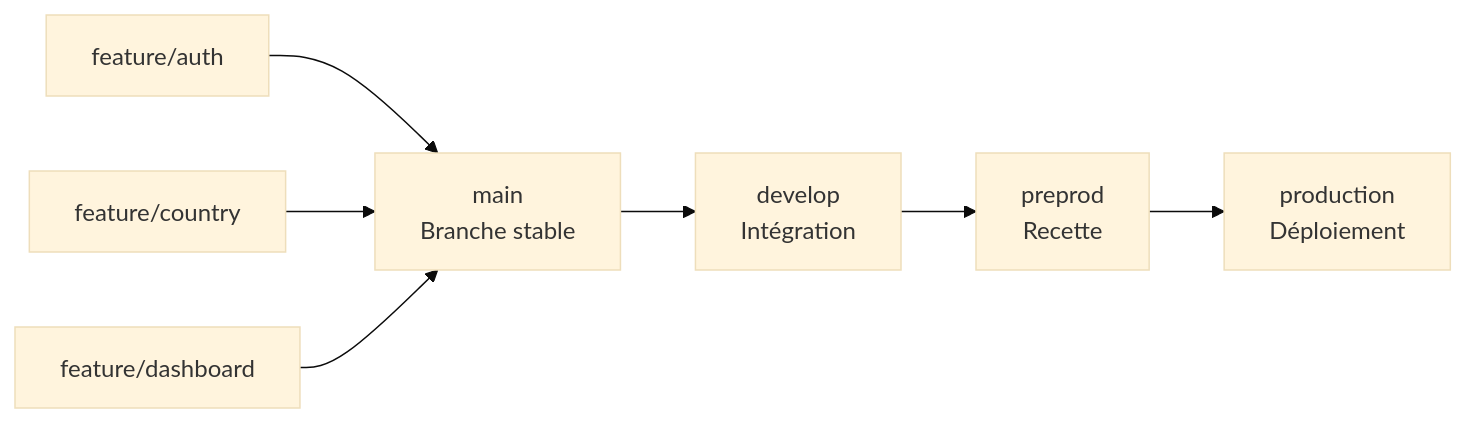
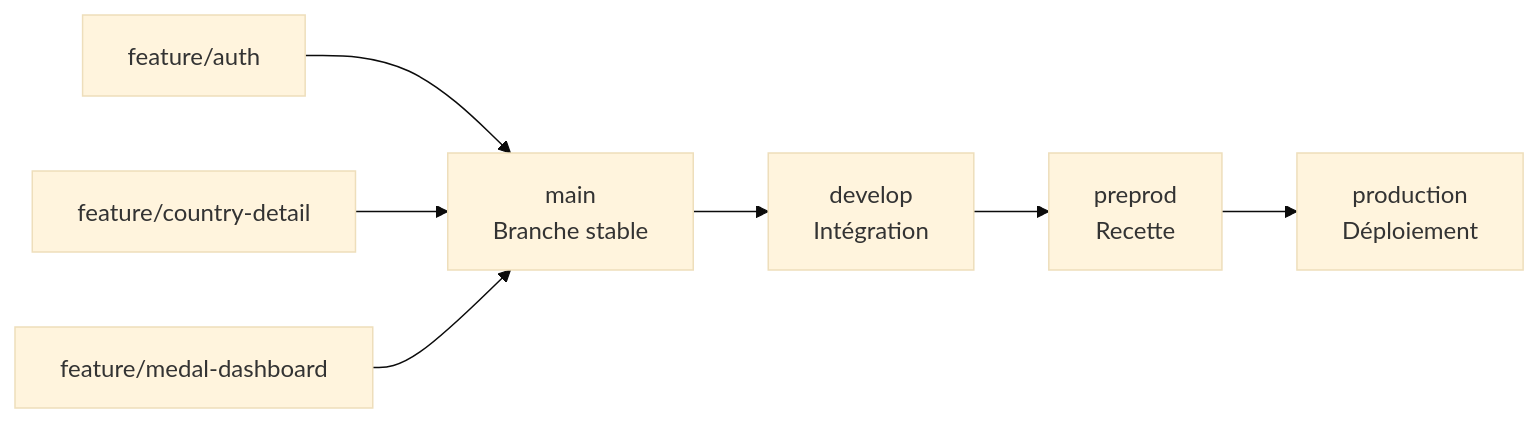
Before and after one commit to openclassrooms-lead-dev-java-angular/telesport-app: the diagram in notes-architecture.md, drawn with Mermaid (base theme). The commit also changed other lines of this file and 15 other files, not shown here.

Commit message:
refactor(folders architecture): update each feature with page directory and put in page component, update docs and imports

````diff
--- a/notes-architecture.md
+++ b/notes-architecture.md
@@ -152,21 +152,21 @@
 ```mermaid
 flowchart LR
 
     A[main<br/>Branche stable]
 
     B1[feature/auth]
-    B2[feature/country]
-    B3[feature/dashboard]
+    B2[feature/country-detail]
+    B3[feature/medal-dashboard]
 
     C[develop<br/>Intégration]
     D[preprod<br/>Recette]
     E[production<br/>Déploiement]
 
     B1 --> A
     B2 --> A
     B3 --> A
 
     A --> C
     C --> D
     D --> E
 ```
````
